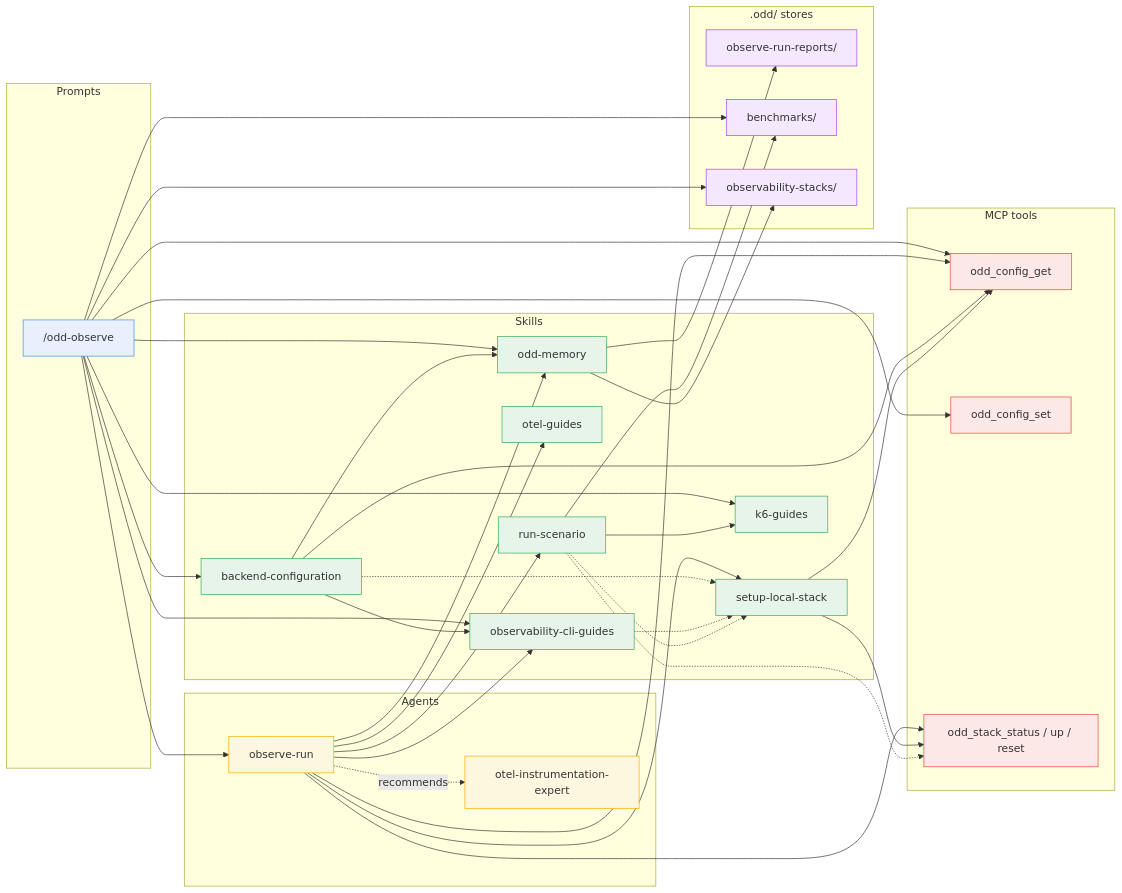
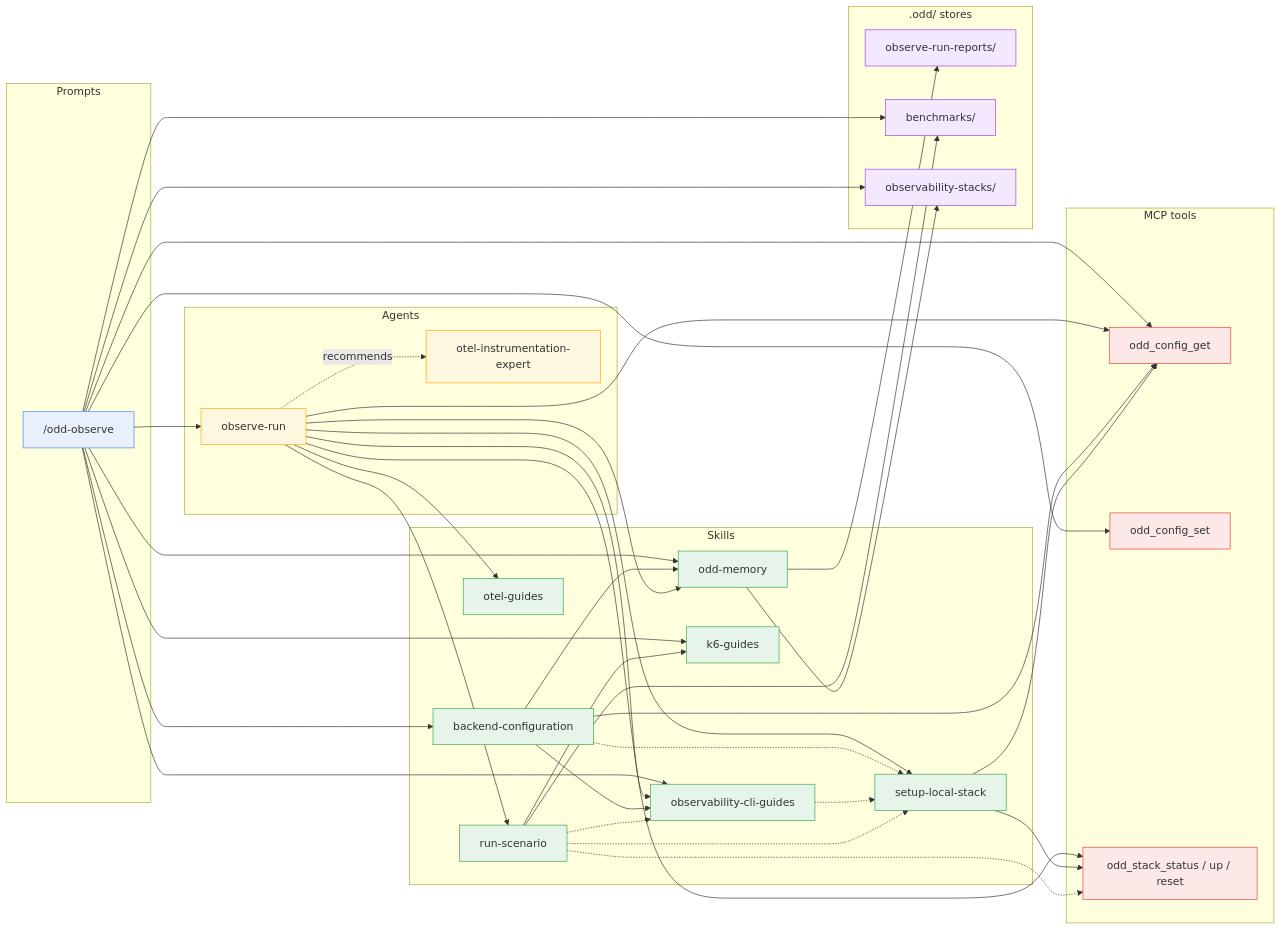
Before and after one commit to using-system/oddyssey: the third of 8 diagrams in docs/guide/plugin.md, drawn with Mermaid. The commit also changed other lines of this file and 16 other files, not shown here.

````diff
--- a/docs/guide/plugin.md
+++ b/docs/guide/plugin.md
@@ -151,79 +151,80 @@
 ```mermaid
 flowchart LR
   subgraph Prompts
     observe["/odd-observe"]
   end
 
   subgraph Agents
     runner[observe-run]
     expert[otel-instrumentation-expert]
   end
 
   subgraph Skills
     bc[backend-configuration]
     ocg[observability-cli-guides]
     og[otel-guides]
     sls[setup-local-stack]
     rs[run-scenario]
     kg[k6-guides]
     mem[odd-memory]
   end
 
   subgraph MCP["MCP tools"]
     cfgget[odd_config_get]
     cfgset[odd_config_set]
     stack[odd_stack_status / up / reset]
   end
 
   subgraph Stores[".odd/ stores"]
     obsdir[observe-run-reports/]
     benchdir[benchmarks/]
     stackdir[observability-stacks/]
   end
 
   observe --> runner
   observe --> bc
   observe --> mem
   bc --> mem
   observe --> cfgget
   observe --> cfgset
   observe --> kg
   observe --> ocg
   observe --> benchdir
   observe --> stackdir
   mem --> obsdir
   mem --> stackdir
 
   runner --> ocg
   runner --> og
   runner --> sls
   runner --> rs
   runner --> mem
   runner --> cfgget
   runner --> stack
   runner -. recommends .-> expert
 
   bc -.-> sls
   bc --> ocg
   bc --> cfgget
   ocg -.-> sls
   sls --> cfgget
   sls --> stack
   rs -.-> stack
   rs -.-> sls
+  rs -.-> ocg
   rs --> kg
   rs --> benchdir
 
 
 
   classDef prompt fill:#e8f0fe,stroke:#4285f4
   classDef agent fill:#fef7e0,stroke:#f9ab00
   classDef skill fill:#e6f4ea,stroke:#34a853
   classDef mcp fill:#fce8e6,stroke:#ea4335
   classDef store fill:#f3e8fd,stroke:#a142f4
   class observe prompt
   class runner,expert agent
   class bc,ocg,og,sls,rs,kg,mem skill
   class cfgget,cfgset,stack mcp
   class obsdir,benchdir,stackdir store
 ```
````
